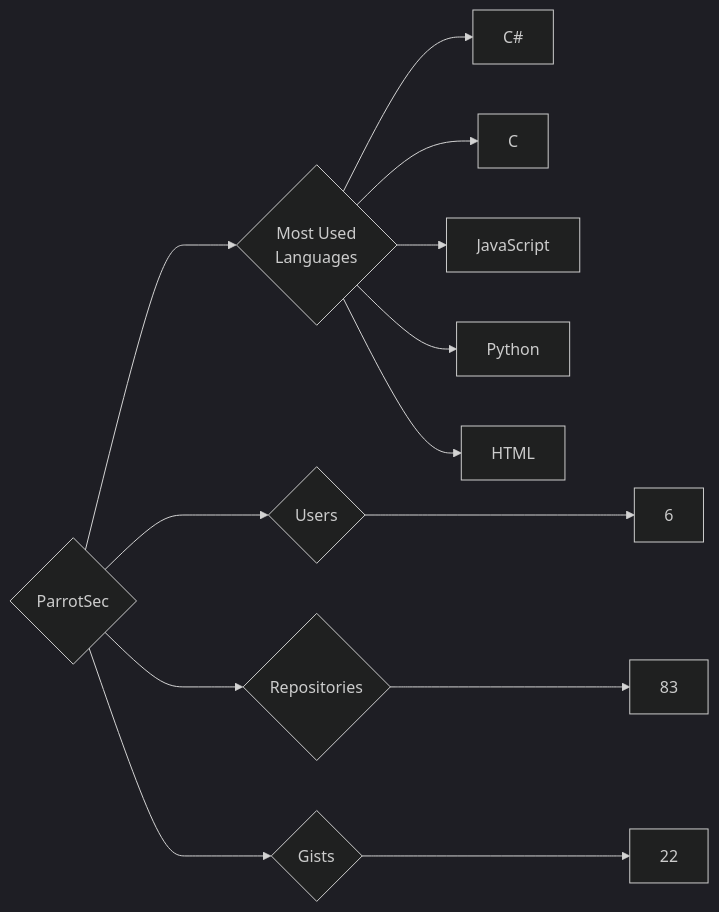
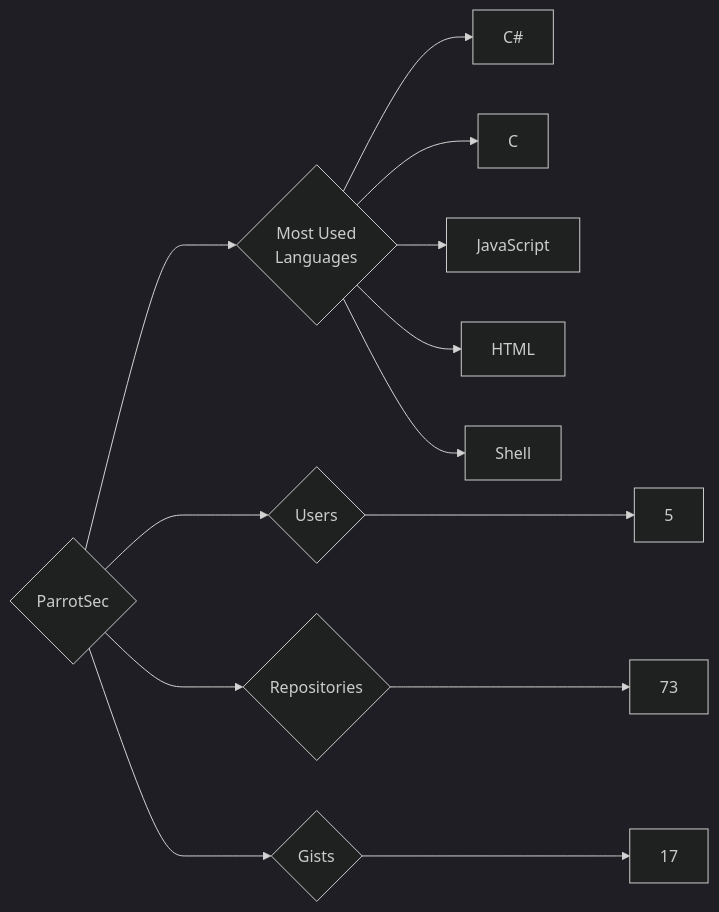
Before and after one commit to trickest/insiders: the diagram in targets/ParrotSec/README.md, drawn with Mermaid (dark theme). The commit also changed 1479 other files, not shown here.

````diff
--- a/targets/ParrotSec/README.md
+++ b/targets/ParrotSec/README.md
@@ -3,13 +3,13 @@
 ```mermaid
 graph LR
 COMPANY_NAME{ParrotSec}
-COMPANY_NAME ---> U{Users} ---> UN[6]
-COMPANY_NAME ---> R{Repositories} ---> RN[83]
-COMPANY_NAME ---> G{Gists} ---> GN[22]
+COMPANY_NAME ---> U{Users} ---> UN[5]
+COMPANY_NAME ---> R{Repositories} ---> RN[73]
+COMPANY_NAME ---> G{Gists} ---> GN[17]
 COMPANY_NAME ---> ML{Most Used<br>Languages}
 ML --> C#[C#]
 ML --> C[C]
 ML --> JavaScript[JavaScript]
-ML --> Python[Python]
 ML --> HTML[HTML]
+ML --> Shell[Shell]
 ```
````
